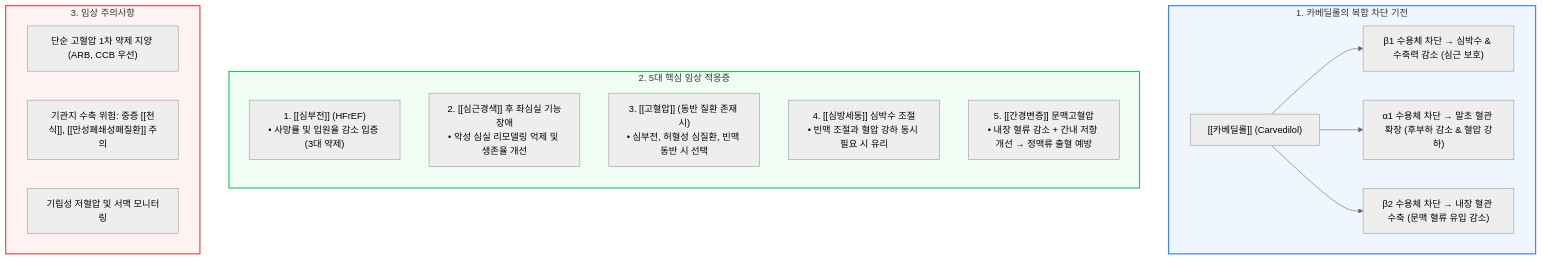
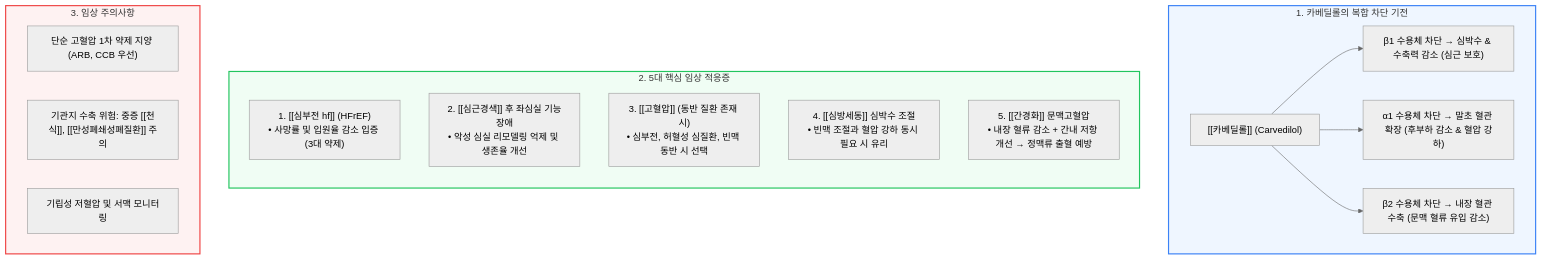
Before and after one commit to simbio11/simbio-digital-garden2: the diagram in content/강의록/양방 약물 및 임상약리/카베딜롤 적응증과 임상.md, drawn with Mermaid (neutral theme). The commit also changed other lines of this file and 442 other files, not shown here.

````diff
--- a/content/강의록/양방 약물 및 임상약리/카베딜롤 적응증과 임상.md
+++ b/content/강의록/양방 약물 및 임상약리/카베딜롤 적응증과 임상.md
@@ -17,45 +17,45 @@
 ```mermaid
 flowchart TD
 
     subgraph Mech["1. 카베딜롤의 복합 차단 기전"]
 
         Carv["[[카베딜롤]] (Carvedilol)"] --> B1["β1 수용체 차단 → 심박수 & 수축력 감소 (심근 보호)"]
 
         Carv --> A1["α1 수용체 차단 → 말초 혈관 확장 (후부하 감소 & 혈압 강하)"]
 
         Carv --> B2["β2 수용체 차단 → 내장 혈관 수축 (문맥 혈류 유입 감소)"]
 
     end
 
     subgraph Indications["2. 5대 핵심 임상 적응증"]
 
         direction TB
 
-        Ind1["1. [[심부전]] (HFrEF)<br/>• 사망률 및 입원율 감소 입증 (3대 약제)"]
+        Ind1["1. [[심부전 hf]] (HFrEF)<br/>• 사망률 및 입원율 감소 입증 (3대 약제)"]
 
         Ind2["2. [[심근경색]] 후 좌심실 기능장애<br/>• 악성 심실 리모델링 억제 및 생존율 개선"]
 
         Ind3["3. [[고혈압]] (동반 질환 존재 시)<br/>• 심부전, 허혈성 심질환, 빈맥 동반 시 선택"]
 
         Ind4["4. [[심방세동]] 심박수 조절<br/>• 빈맥 조절과 혈압 강하 동시 필요 시 유리"]
 
-        Ind5["5. [[간경변증]] 문맥고혈압<br/>• 내장 혈류 감소 + 간내 저항 개선 → 정맥류 출혈 예방"]
+        Ind5["5. [[간경화]] 문맥고혈압<br/>• 내장 혈류 감소 + 간내 저항 개선 → 정맥류 출혈 예방"]
 
     end
 
     subgraph Caution["3. 임상 주의사항"]
 
         C1["단순 고혈압 1차 약제 지양 (ARB, CCB 우선)"]
 
         C2["기관지 수축 위험: 중증 [[천식]], [[만성폐쇄성폐질환]] 주의"]
 
         C3["기립성 저혈압 및 서맥 모니터링"]
 
     end
 
     style Mech fill:#eff6ff,stroke:#3b82f6,stroke-width:2px
 
     style Indications fill:#f0fdf4,stroke:#22c55e,stroke-width:2px
 
     style Caution fill:#fef2f2,stroke:#ef4444,stroke-width:2px
 ```
````
